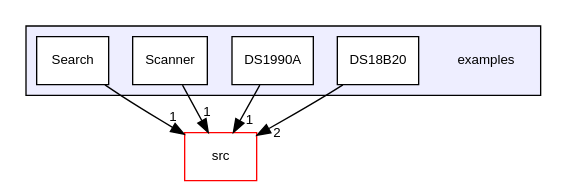
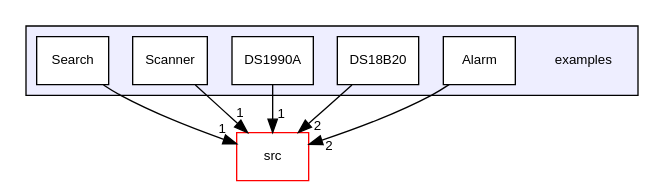
Before and after one commit to mikaelpatel/mikaelpatel.github.io: the diagram in Arduino-OWI/dir_d28a4824dc47e487b107a5db32ef43c4_dep.dot, drawn with Graphviz. The commit also changed 133 other files, not shown here.

```diff
--- a/Arduino-OWI/dir_d28a4824dc47e487b107a5db32ef43c4_dep.dot
+++ b/Arduino-OWI/dir_d28a4824dc47e487b107a5db32ef43c4_dep.dot
@@ -1,18 +1,20 @@
 digraph "examples" {
   compound=true
   node [ fontsize="10", fontname="Helvetica"];
   edge [ labelfontsize="10", labelfontname="Helvetica"];
   subgraph clusterdir_d28a4824dc47e487b107a5db32ef43c4 {
     graph [ bgcolor="#eeeeff", pencolor="black", label="" URL="dir_d28a4824dc47e487b107a5db32ef43c4.html"];
     dir_d28a4824dc47e487b107a5db32ef43c4 [shape=plaintext label="examples"];
+    dir_2ac0c8aa260d699f7a3c5d8ce1687c7e [shape=box label="Alarm" color="black" fillcolor="white" style="filled" URL="dir_2ac0c8aa260d699f7a3c5d8ce1687c7e.html"];
     dir_edc7f58e8c82682a6129433ec455bcd5 [shape=box label="DS18B20" color="black" fillcolor="white" style="filled" URL="dir_edc7f58e8c82682a6129433ec455bcd5.html"];
     dir_8c1bb936615844b522f4b0b799130dfa [shape=box label="DS1990A" color="black" fillcolor="white" style="filled" URL="dir_8c1bb936615844b522f4b0b799130dfa.html"];
     dir_3c255463df23486bbba0dcefb1196b0f [shape=box label="Scanner" color="black" fillcolor="white" style="filled" URL="dir_3c255463df23486bbba0dcefb1196b0f.html"];
     dir_248e8ef9f6f04c4f5605684854d1c790 [shape=box label="Search" color="black" fillcolor="white" style="filled" URL="dir_248e8ef9f6f04c4f5605684854d1c790.html"];
   }
   dir_68267d1309a1af8e8297ef4c3efbcdba [shape=box label="src" fillcolor="white" style="filled" color="red" URL="dir_68267d1309a1af8e8297ef4c3efbcdba.html"];
-  dir_248e8ef9f6f04c4f5605684854d1c790->dir_68267d1309a1af8e8297ef4c3efbcdba [headlabel="1", labeldistance=1.5 headhref="dir_000004_000005.html"];
-  dir_8c1bb936615844b522f4b0b799130dfa->dir_68267d1309a1af8e8297ef4c3efbcdba [headlabel="1", labeldistance=1.5 headhref="dir_000002_000005.html"];
-  dir_edc7f58e8c82682a6129433ec455bcd5->dir_68267d1309a1af8e8297ef4c3efbcdba [headlabel="2", labeldistance=1.5 headhref="dir_000001_000005.html"];
-  dir_3c255463df23486bbba0dcefb1196b0f->dir_68267d1309a1af8e8297ef4c3efbcdba [headlabel="1", labeldistance=1.5 headhref="dir_000003_000005.html"];
+  dir_248e8ef9f6f04c4f5605684854d1c790->dir_68267d1309a1af8e8297ef4c3efbcdba [headlabel="1", labeldistance=1.5 headhref="dir_000005_000006.html"];
+  dir_8c1bb936615844b522f4b0b799130dfa->dir_68267d1309a1af8e8297ef4c3efbcdba [headlabel="1", labeldistance=1.5 headhref="dir_000003_000006.html"];
+  dir_2ac0c8aa260d699f7a3c5d8ce1687c7e->dir_68267d1309a1af8e8297ef4c3efbcdba [headlabel="2", labeldistance=1.5 headhref="dir_000001_000006.html"];
+  dir_edc7f58e8c82682a6129433ec455bcd5->dir_68267d1309a1af8e8297ef4c3efbcdba [headlabel="2", labeldistance=1.5 headhref="dir_000002_000006.html"];
+  dir_3c255463df23486bbba0dcefb1196b0f->dir_68267d1309a1af8e8297ef4c3efbcdba [headlabel="1", labeldistance=1.5 headhref="dir_000004_000006.html"];
 }
```
